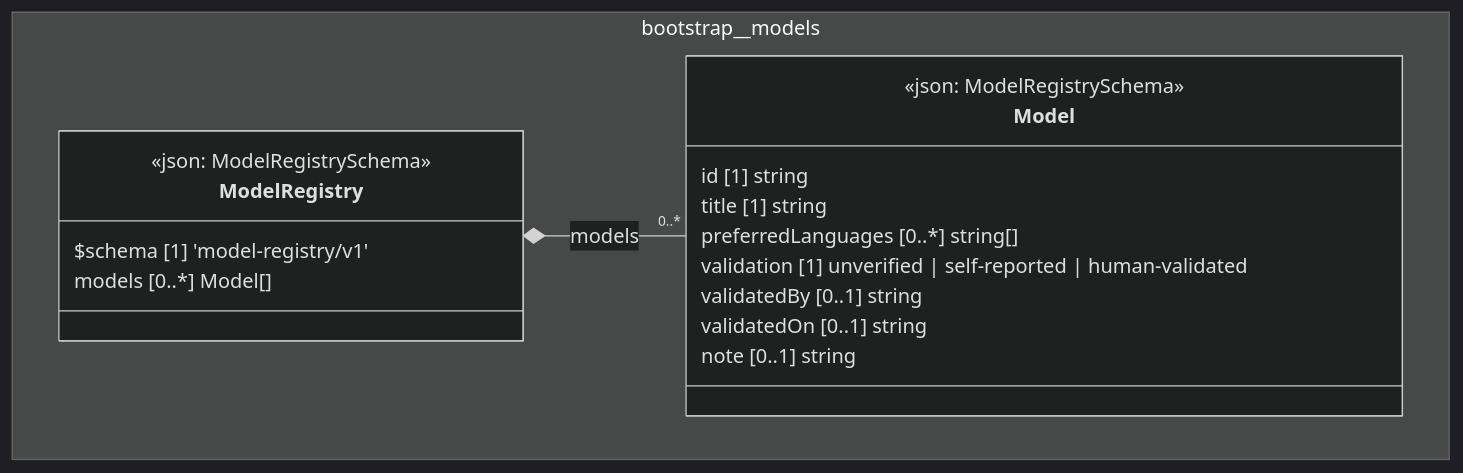
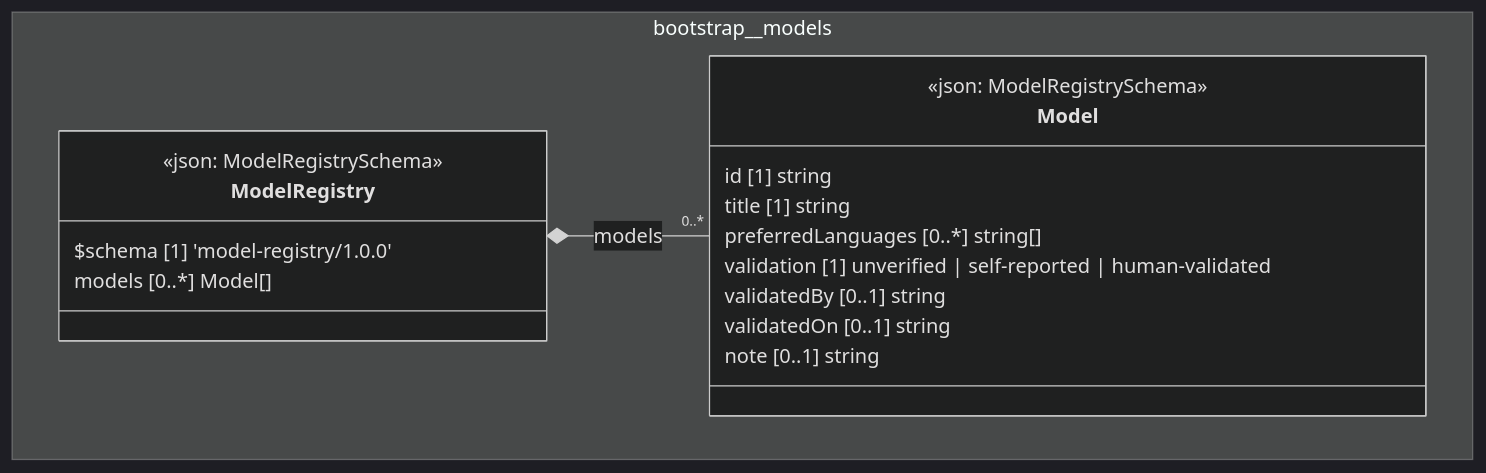
One commit to litlfred/folio-assistant changed the diagram in cat-harness/docs/uml/overview/bootstrap/models.md. Above: the diagram before and after it, drawn with Mermaid (dark theme). The commit also changed 332 other files, not shown here.

````diff
--- a/cat-harness/docs/uml/overview/bootstrap/models.md
+++ b/cat-harness/docs/uml/overview/bootstrap/models.md
@@ -42,24 +42,24 @@
 ```mermaid
 classDiagram
   direction TB
   namespace bootstrap__models {
     class bootstrap_models_Model["Model"] {
       <<json: ModelRegistrySchema>>
       id [1] string
       title [1] string
       preferredLanguages [0..*] string[]
       validation [1] unverified | self-reported | human-validated
       validatedBy [0..1] string
       validatedOn [0..1] string
       note [0..1] string
     }
     class bootstrap_models_ModelRegistry["ModelRegistry"] {
       <<json: ModelRegistrySchema>>
-      $schema [1] 'model-registry/v1'
+      $schema [1] 'model-registry/1.0.0'
       models [0..*] Model[]
     }
   }
   bootstrap_models_ModelRegistry *-- "0..*" bootstrap_models_Model : models
   cssClass "bootstrap_models_Model" fa_uml_kind_models
   cssClass "bootstrap_models_ModelRegistry" fa_uml_kind_models
 ```
````
